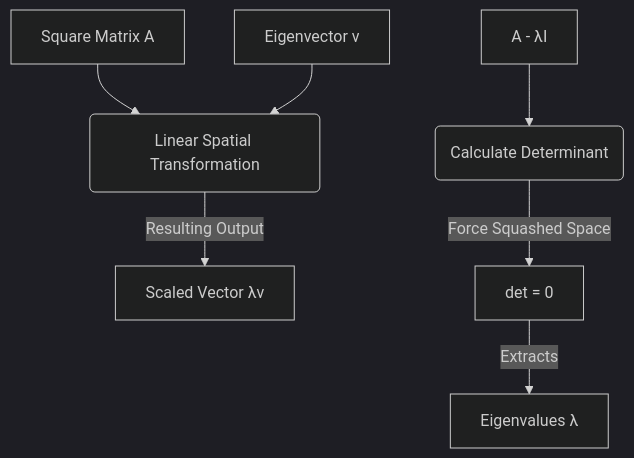
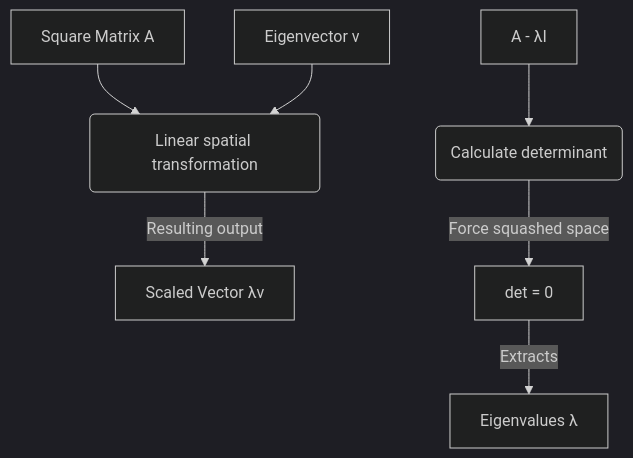
Before and after one commit to jsavinash/artificial-intelligence-study-guide: the second of 2 diagrams in docs/concepts/linear-algebra/eigen-values-vectors.md, drawn with Mermaid (dark theme).

Commit message:
fix(eigen): quote Mermaid node labels in Logical Intuition diagram
The Logical Intuition flowchart used unquoted node labels containing special characters (A - λI, det = 0, λ). Quote all node and edge labels to match GitHub's Mermaid requirement for special characters and the quoting style used by every other diagram in the repo, fixing the render syntax error.

````diff
--- a/docs/concepts/linear-algebra/eigen-values-vectors.md
+++ b/docs/concepts/linear-algebra/eigen-values-vectors.md
@@ -83,10 +83,10 @@
 ```mermaid
 graph TD
-    MatrixA[Square Matrix A] --> Transformation(Linear Spatial Transformation)
-    VectorV[Eigenvector v] --> Transformation
-    Transformation -->|Resulting Output| EqualValue[Scaled Vector λv]
-    
-    SubMatrix[A - λI] --> DetCompute(Calculate Determinant)
-    DetCompute -->|Force Squashed Space| ZeroOutput[det = 0]
-    ZeroOutput -->|Extracts| FinalEigenvalues[Eigenvalues λ]
+    MatrixA["Square Matrix A"] --> Transformation("Linear spatial transformation")
+    VectorV["Eigenvector v"] --> Transformation
+    Transformation -->|"Resulting output"| EqualValue["Scaled Vector λv"]
+
+    SubMatrix["A - λI"] --> DetCompute("Calculate determinant")
+    DetCompute -->|"Force squashed space"| ZeroOutput["det = 0"]
+    ZeroOutput -->|"Extracts"| FinalEigenvalues["Eigenvalues λ"]
 ```
````
